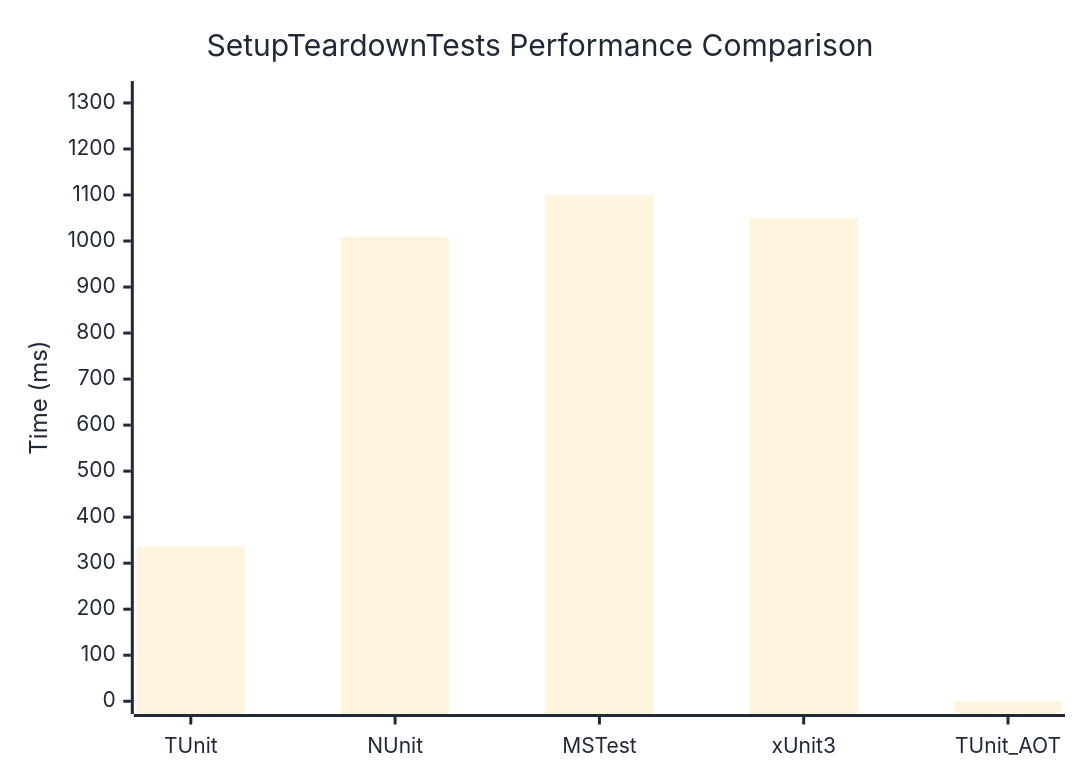
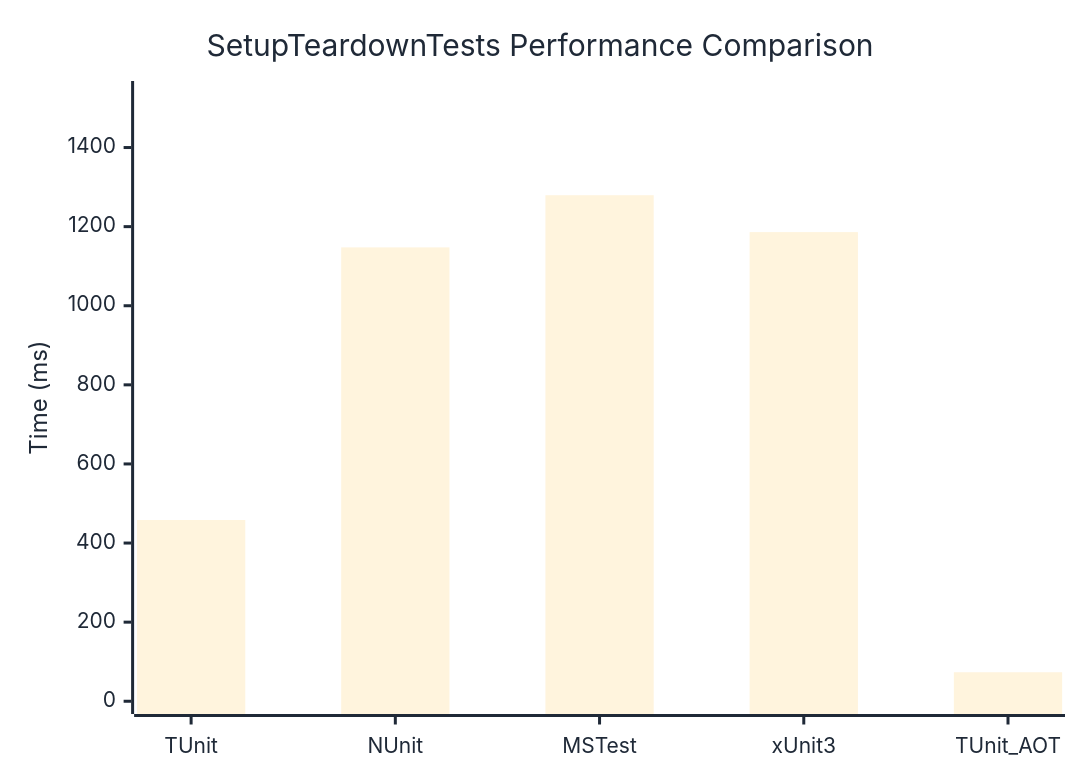
The diagram in docs/docs/benchmarks/engine/SetupTeardownTests.md (thomhurst/TUnit), drawn with Mermaid before and after one commit. The commit also changed other lines of this file and 18 other files, not shown here.

````diff
--- a/docs/docs/benchmarks/engine/SetupTeardownTests.md
+++ b/docs/docs/benchmarks/engine/SetupTeardownTests.md
@@ -29,37 +29,37 @@
 ```mermaid
 %%{init: {
   'theme':'base',
   'themeVariables': {
     'primaryColor': '#2563eb',
     'primaryTextColor': '#1f2937',
     'primaryBorderColor': '#1e40af',
     'lineColor': '#6b7280',
     'secondaryColor': '#7c3aed',
     'tertiaryColor': '#dc2626',
     'background': '#ffffff',
     'mainBkg': '#2563eb',
     'secondBkg': '#7c3aed',
     'tertiaryBkg': '#dc2626',
     'clusterBkg': '#f3f4f6',
     'edgeLabelBackground': '#ffffff',
     'tertiaryTextColor': '#1f2937',
     'pie1': '#2563eb',
     'pie2': '#7c3aed',
     'pie3': '#dc2626',
     'pie4': '#f59e0b',
     'pie5': '#10b981',
     'pie6': '#06b6d4',
     'pie7': '#ec4899',
     'pie8': '#6366f1',
     'pie9': '#84cc16',
     'pie10': '#f97316',
     'pie11': '#14b8a6',
     'pie12': '#a855f7'
   }
 }}%%
 xychart-beta
   title "SetupTeardownTests Performance Comparison"
   x-axis ["TUnit", "NUnit", "MSTest", "xUnit3", "TUnit_AOT"]
-  y-axis "Time (ms)" 0 --> 1320
-  bar [335.8, 1008.8, 1099.9, 1050.2, 0]
+  y-axis "Time (ms)" 0 --> 1536
+  bar [458.3, 1147.56, 1279.43, 1186.16, 73.35]
 ```
````
